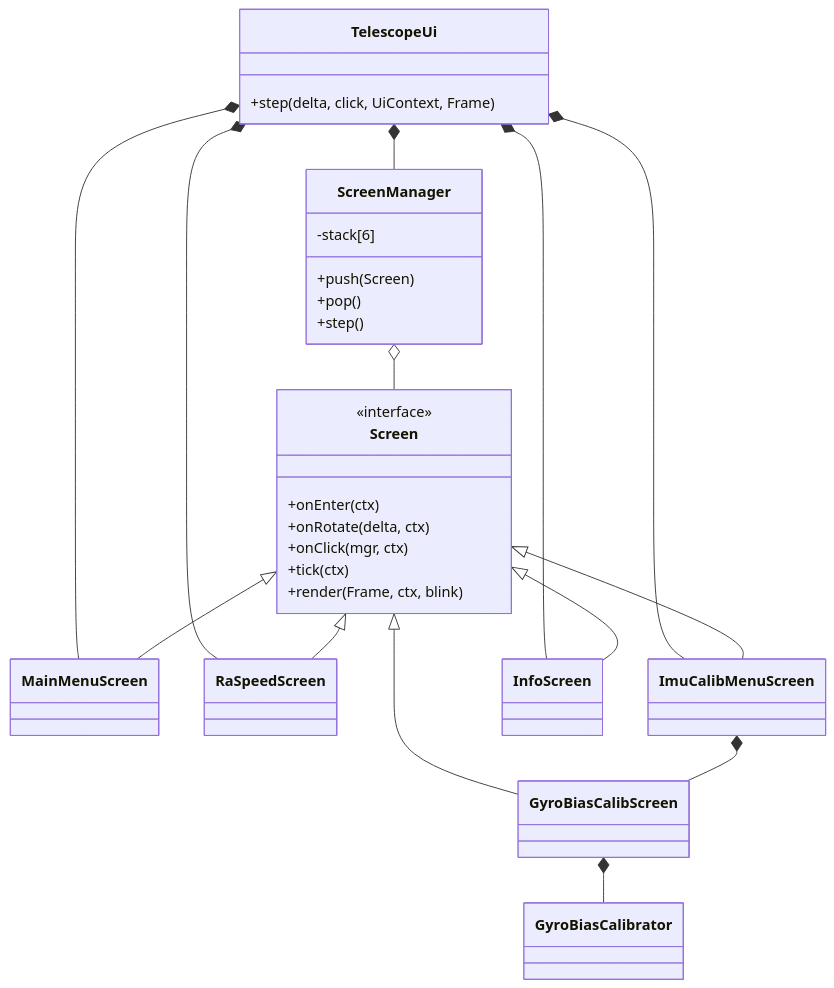
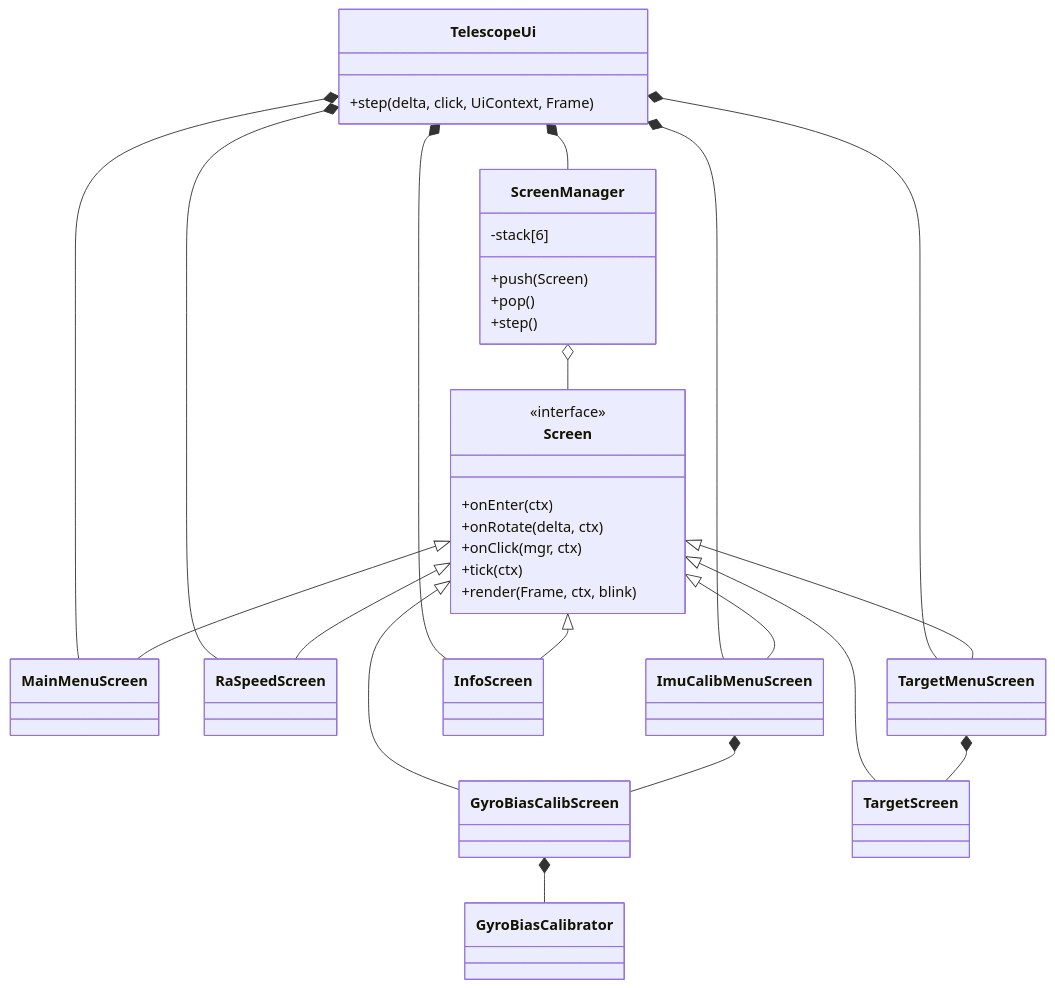
The third of 3 diagrams in docs/architecture/ARCHITECTURE.md (Kimbyung-wook/EspGotoTelescope), drawn with Mermaid before and after one commit. The commit also changed other lines of this file and 21 other files, not shown here.

````diff
--- a/docs/architecture/ARCHITECTURE.md
+++ b/docs/architecture/ARCHITECTURE.md
@@ -150,40 +150,46 @@
 ```mermaid
 classDiagram
   class TelescopeUi {
     +step(delta, click, UiContext, Frame)
   }
   class ScreenManager {
     -stack[6]
     +push(Screen)
     +pop()
     +step()
   }
   class Screen {
     <<interface>>
     +onEnter(ctx)
     +onRotate(delta, ctx)
     +onClick(mgr, ctx)
     +tick(ctx)
     +render(Frame, ctx, blink)
   }
   class MainMenuScreen
   class RaSpeedScreen
   class ImuCalibMenuScreen
   class GyroBiasCalibScreen
   class InfoScreen
   class GyroBiasCalibrator
+  class TargetMenuScreen
+  class TargetScreen
 
   TelescopeUi *-- ScreenManager
   TelescopeUi *-- MainMenuScreen
   TelescopeUi *-- RaSpeedScreen
   TelescopeUi *-- ImuCalibMenuScreen
   TelescopeUi *-- InfoScreen
+  TelescopeUi *-- TargetMenuScreen
+  Screen <|-- TargetMenuScreen
+  Screen <|-- TargetScreen
+  TargetMenuScreen *-- TargetScreen
   ScreenManager o-- Screen
   Screen <|-- MainMenuScreen
   Screen <|-- RaSpeedScreen
   Screen <|-- ImuCalibMenuScreen
   Screen <|-- GyroBiasCalibScreen
   Screen <|-- InfoScreen
   ImuCalibMenuScreen *-- GyroBiasCalibScreen
   GyroBiasCalibScreen *-- GyroBiasCalibrator
 ```
````
